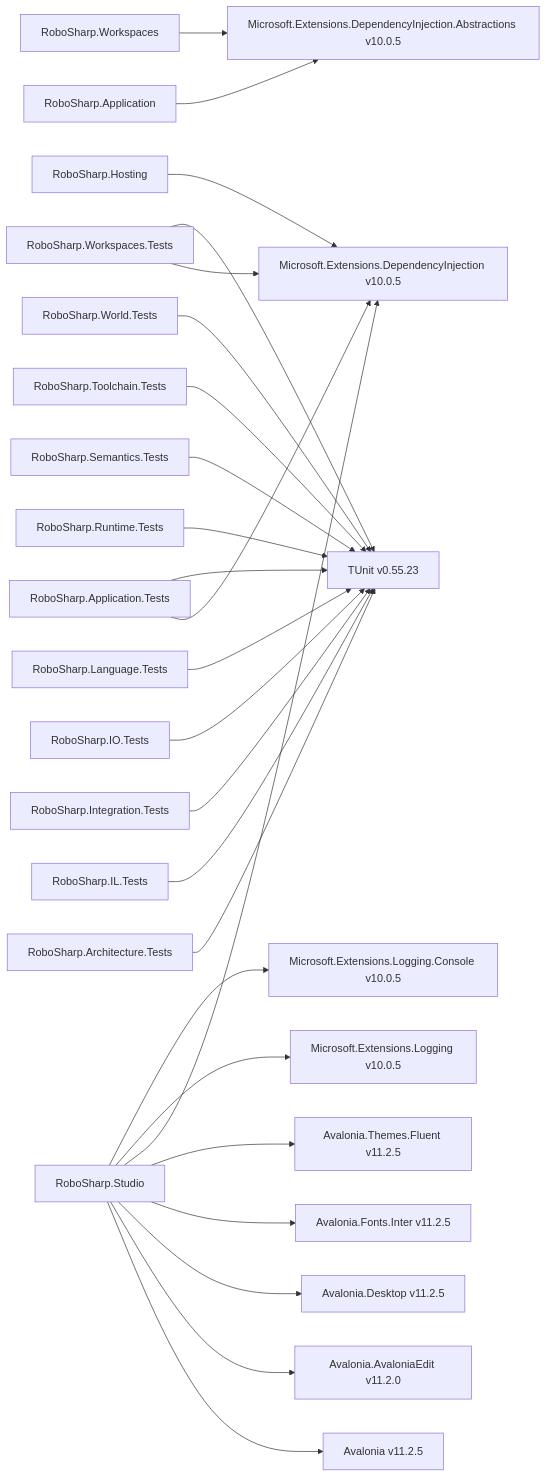
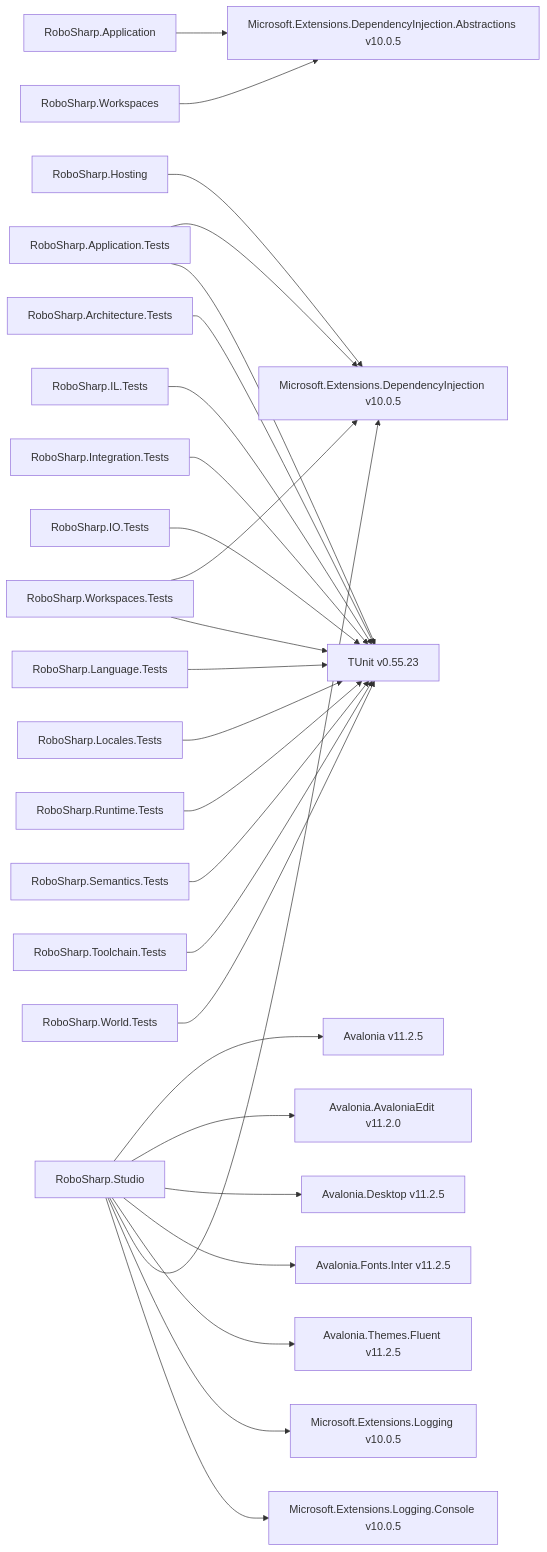
Before and after one commit to frankhaugen/RoboSharp: the diagram in docs/diagrams/nuget-references.md, drawn with Mermaid. The commit also changed 31 other files, not shown here.

First line of the commit message:
Add RoboSharp.Locales for code-first teaching localization

````diff
--- a/docs/diagrams/nuget-references.md
+++ b/docs/diagrams/nuget-references.md
@@ -7,27 +7,28 @@
 ```mermaid
 flowchart LR
   RoboSharp_Application["RoboSharp.Application"] --> pkg_Microsoft_Extensions_DependencyInjection_Abstractions["Microsoft.Extensions.DependencyInjection.Abstractions v10.0.5"]
   RoboSharp_Application_Tests["RoboSharp.Application.Tests"] --> pkg_Microsoft_Extensions_DependencyInjection["Microsoft.Extensions.DependencyInjection v10.0.5"]
   RoboSharp_Application_Tests["RoboSharp.Application.Tests"] --> pkg_TUnit["TUnit v0.55.23"]
   RoboSharp_Architecture_Tests["RoboSharp.Architecture.Tests"] --> pkg_TUnit["TUnit v0.55.23"]
   RoboSharp_Hosting["RoboSharp.Hosting"] --> pkg_Microsoft_Extensions_DependencyInjection["Microsoft.Extensions.DependencyInjection v10.0.5"]
   RoboSharp_IL_Tests["RoboSharp.IL.Tests"] --> pkg_TUnit["TUnit v0.55.23"]
   RoboSharp_Integration_Tests["RoboSharp.Integration.Tests"] --> pkg_TUnit["TUnit v0.55.23"]
   RoboSharp_IO_Tests["RoboSharp.IO.Tests"] --> pkg_TUnit["TUnit v0.55.23"]
   RoboSharp_Language_Tests["RoboSharp.Language.Tests"] --> pkg_TUnit["TUnit v0.55.23"]
+  RoboSharp_Locales_Tests["RoboSharp.Locales.Tests"] --> pkg_TUnit["TUnit v0.55.23"]
   RoboSharp_Runtime_Tests["RoboSharp.Runtime.Tests"] --> pkg_TUnit["TUnit v0.55.23"]
   RoboSharp_Semantics_Tests["RoboSharp.Semantics.Tests"] --> pkg_TUnit["TUnit v0.55.23"]
   RoboSharp_Studio["RoboSharp.Studio"] --> pkg_Avalonia["Avalonia v11.2.5"]
   RoboSharp_Studio["RoboSharp.Studio"] --> pkg_Avalonia_AvaloniaEdit["Avalonia.AvaloniaEdit v11.2.0"]
   RoboSharp_Studio["RoboSharp.Studio"] --> pkg_Avalonia_Desktop["Avalonia.Desktop v11.2.5"]
   RoboSharp_Studio["RoboSharp.Studio"] --> pkg_Avalonia_Fonts_Inter["Avalonia.Fonts.Inter v11.2.5"]
   RoboSharp_Studio["RoboSharp.Studio"] --> pkg_Avalonia_Themes_Fluent["Avalonia.Themes.Fluent v11.2.5"]
   RoboSharp_Studio["RoboSharp.Studio"] --> pkg_Microsoft_Extensions_DependencyInjection["Microsoft.Extensions.DependencyInjection v10.0.5"]
   RoboSharp_Studio["RoboSharp.Studio"] --> pkg_Microsoft_Extensions_Logging["Microsoft.Extensions.Logging v10.0.5"]
   RoboSharp_Studio["RoboSharp.Studio"] --> pkg_Microsoft_Extensions_Logging_Console["Microsoft.Extensions.Logging.Console v10.0.5"]
   RoboSharp_Toolchain_Tests["RoboSharp.Toolchain.Tests"] --> pkg_TUnit["TUnit v0.55.23"]
   RoboSharp_Workspaces["RoboSharp.Workspaces"] --> pkg_Microsoft_Extensions_DependencyInjection_Abstractions["Microsoft.Extensions.DependencyInjection.Abstractions v10.0.5"]
   RoboSharp_Workspaces_Tests["RoboSharp.Workspaces.Tests"] --> pkg_Microsoft_Extensions_DependencyInjection["Microsoft.Extensions.DependencyInjection v10.0.5"]
   RoboSharp_Workspaces_Tests["RoboSharp.Workspaces.Tests"] --> pkg_TUnit["TUnit v0.55.23"]
   RoboSharp_World_Tests["RoboSharp.World.Tests"] --> pkg_TUnit["TUnit v0.55.23"]
 ```
````
